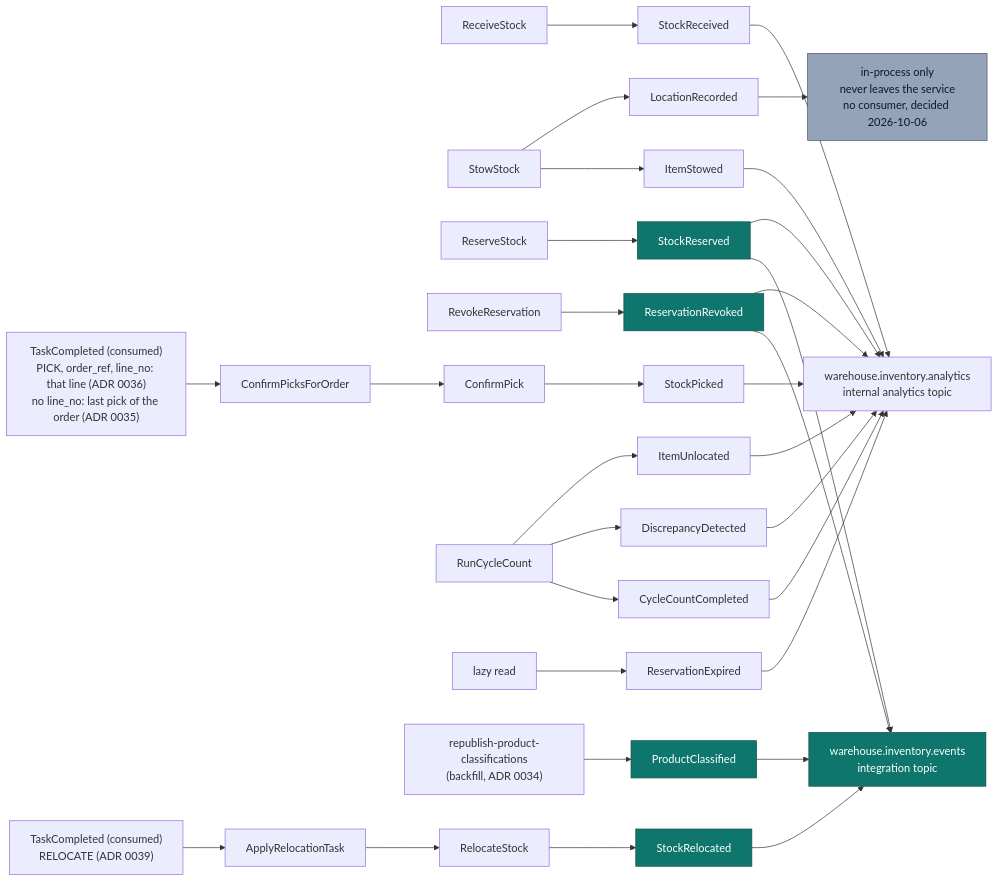
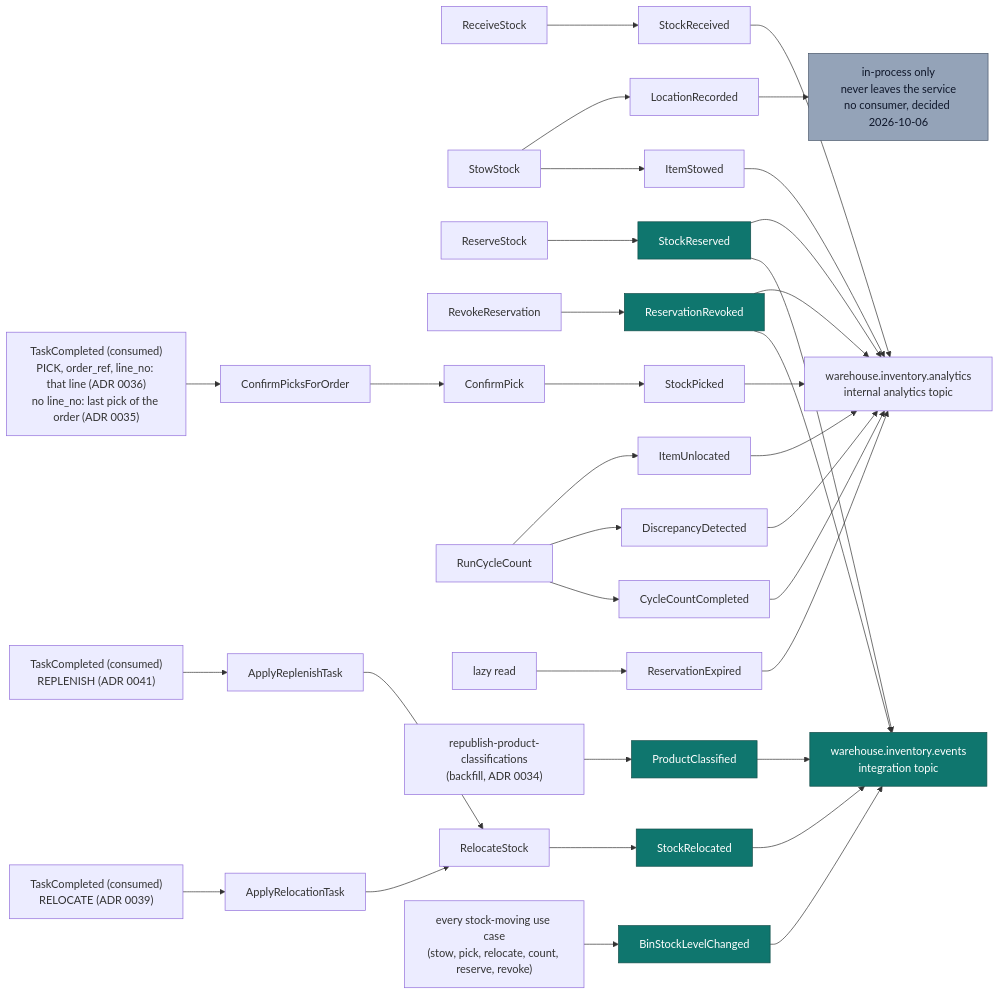
The diagram in docs/contexts/inventory-storage/domain-events.md (IQVO/warehouse-docs), drawn with Mermaid before and after one commit. The commit also changed other lines of this file and 108 other files, not shown here.

````diff
--- a/docs/contexts/inventory-storage/domain-events.md
+++ b/docs/contexts/inventory-storage/domain-events.md
@@ -50,26 +51,28 @@
 ```mermaid
 flowchart LR
   RS["ReceiveStock"] --> E1["StockReceived"]
   SS["StowStock"] --> E2["ItemStowed"]
   SS --> E3["LocationRecorded"]
   RES["ReserveStock"] --> E4["StockReserved"]
   REV["RevokeReservation"] --> E5["ReservationRevoked"]
   CP["ConfirmPick"] --> E6["StockPicked"]
   TC["TaskCompleted (consumed)<br/>PICK, order_ref, line_no: that line (ADR 0036)<br/>no line_no: last pick of the order (ADR 0035)"] --> CPO["ConfirmPicksForOrder"] --> CP
   CC["RunCycleCount"] --> E7["CycleCountCompleted"]
   CC --> E8["DiscrepancyDetected"]
   CC --> E9["ItemUnlocated"]
   EXP["lazy read"] --> E10["ReservationExpired"]
   BF["republish-product-classifications<br/>(backfill, ADR 0034)"] --> E11["ProductClassified"]
   TCR["TaskCompleted (consumed)<br/>RELOCATE (ADR 0039)"] --> ART["ApplyRelocationTask"] --> RLS["RelocateStock"]
+  TCP["TaskCompleted (consumed)<br/>REPLENISH (ADR 0041)"] --> APT["ApplyReplenishTask"] --> RLS
   RLS --> E12["StockRelocated"]
+  LVL["every stock-moving use case<br/>(stow, pick, relocate, count, reserve, revoke)"] --> E13["BinStockLevelChanged"]
 
-  E4 & E5 & E11 & E12 --> KAF["warehouse.inventory.events<br/>integration topic"]
+  E4 & E5 & E11 & E12 & E13 --> KAF["warehouse.inventory.events<br/>integration topic"]
   E1 & E2 & E4 & E5 & E6 & E7 & E8 & E9 & E10 --> ANA["warehouse.inventory.analytics<br/>internal analytics topic"]
   E3 --> LOG["in-process only<br/>never leaves the service<br/>no consumer, decided 2026-10-06"]
 
   classDef wired fill:#0f766e,stroke:#134e4a,color:#fff;
   classDef local fill:#94a3b8,stroke:#475569,color:#0f172a;
-  class E4,E5,E11,E12,KAF wired;
+  class E4,E5,E11,E12,E13,KAF wired;
   class LOG local;
 ```
````
